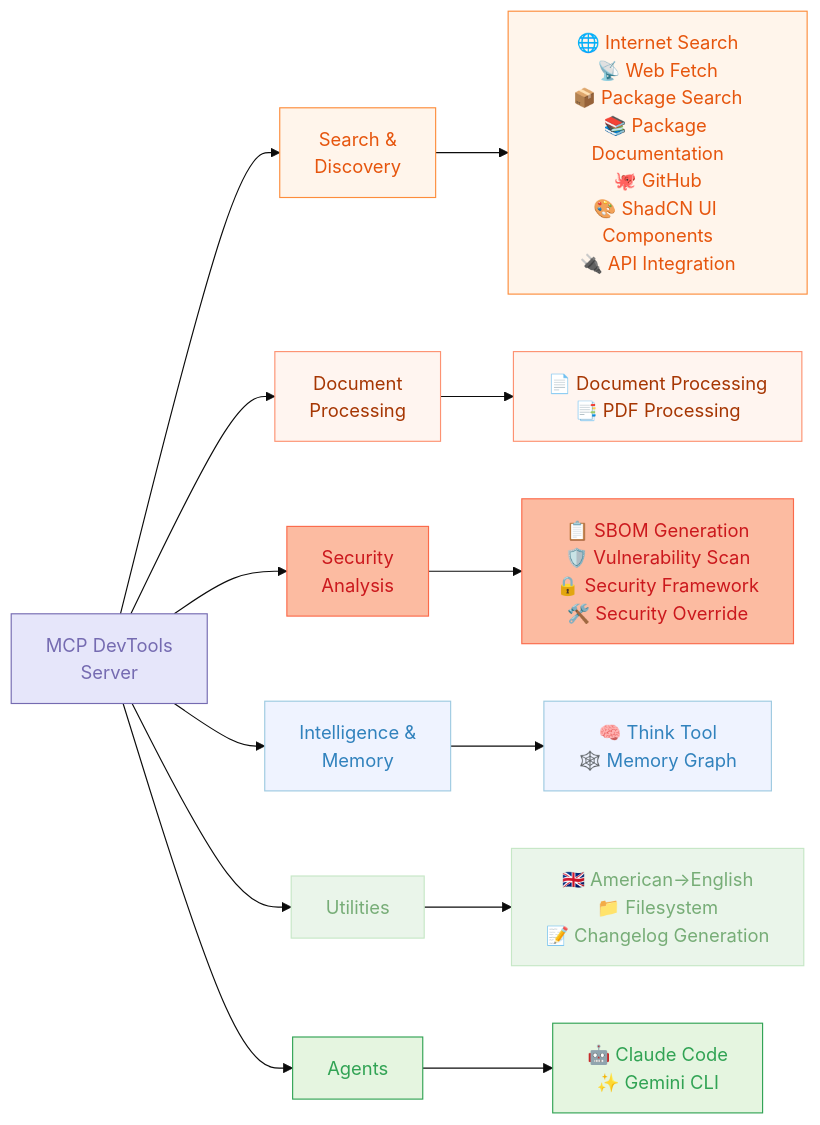
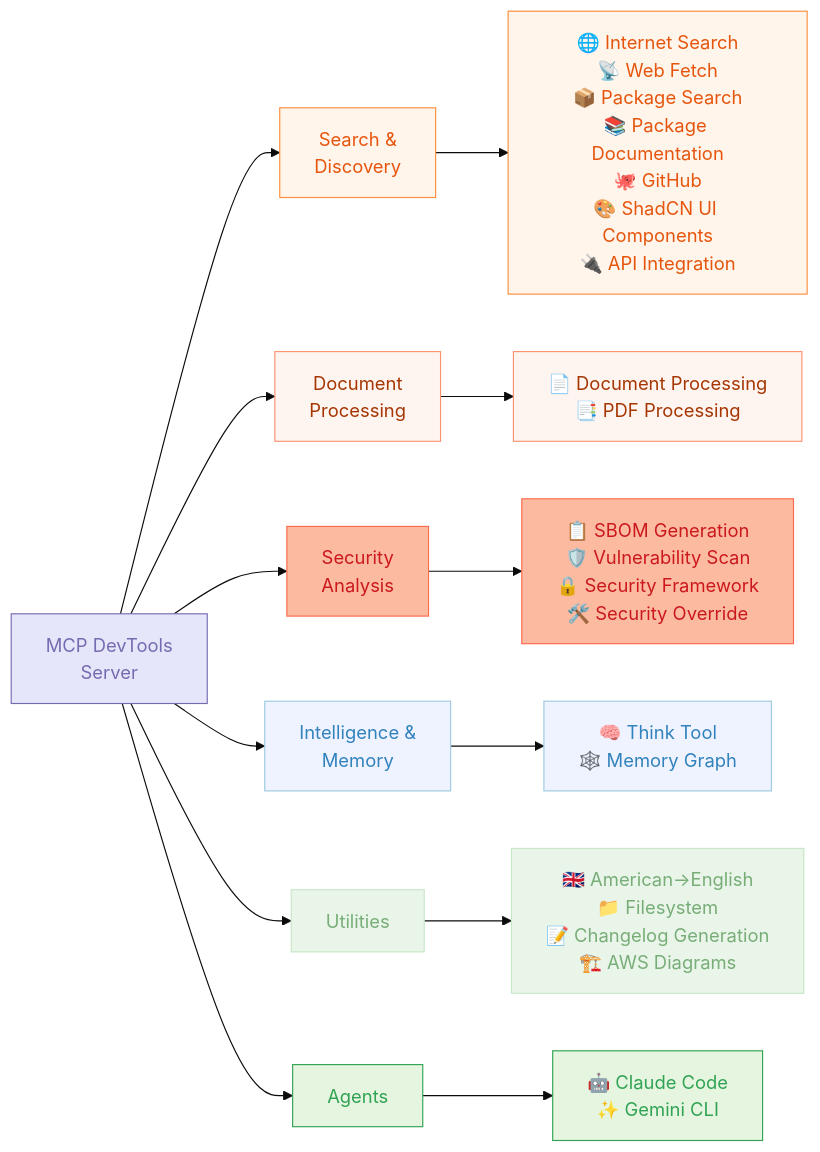
The diagram in README.md (sammcj/mcp-devtools), drawn with Mermaid (base theme) before and after one commit. The commit also changed other lines of this file and 15 other files, not shown here.

Commit message:
feat: New tool: AWS Diagram creation

````diff
--- a/README.md
+++ b/README.md
@@ -5,42 +5,42 @@
 ```mermaid
 graph LR
     A[MCP DevTools<br>Server]
 
     A --> B[Search &<br>Discovery]
     A --> C[Document<br>Processing]
     A --> D[Security<br>Analysis]
     A --> E[Intelligence &<br>Memory]
     A --> F[Utilities]
     A --> G[Agents]
 
     B --> B_Tools[🌐 Internet Search<br>📡 Web Fetch<br>📦 Package Search<br>📚 Package Documentation<br>🐙 GitHub<br>🎨 ShadCN UI Components<br>🔌 API Integration]
 
     C --> C_Tools[📄 Document Processing<br>📑 PDF Processing]
 
     D --> D_Tools[📋 SBOM Generation<br>🛡️ Vulnerability Scan<br>🔒 Security Framework<br>🛠️ Security Override]
 
     E --> E_Tools[🧠 Think Tool<br>🕸️ Memory Graph]
 
-    F --> F_Tools[🇬🇧 American→English<br>📁 Filesystem<br>📝 Changelog Generation]
+    F --> F_Tools[🇬🇧 American→English<br>📁 Filesystem<br>📝 Changelog Generation<br>🏗️ AWS Diagrams]
 
     G --> G_Tools[🤖 Claude Code<br>✨ Gemini CLI]
 
     classDef inputOutput fill:#FEE0D2,stroke:#E6550D,color:#E6550D
     classDef llm fill:#E5F5E0,stroke:#31A354,color:#31A354
     classDef components fill:#E6E6FA,stroke:#756BB1,color:#756BB1
     classDef process fill:#EAF5EA,stroke:#C6E7C6,color:#77AD77
     classDef stop fill:#E5E1F2,stroke:#C7C0DE,color:#8471BF
     classDef data fill:#EFF3FF,stroke:#9ECAE1,color:#3182BD
     classDef decision fill:#FFF5EB,stroke:#FD8D3C,color:#E6550D
     classDef storage fill:#F2F0F7,stroke:#BCBDDC,color:#756BB1
     classDef api fill:#FFF5F0,stroke:#FD9272,color:#A63603
     classDef error fill:#FCBBA1,stroke:#FB6A4A,color:#CB181D
 
     class A components
     class B,B_Tools decision
     class C,C_Tools api
     class D,D_Tools error
     class E,E_Tools data
     class F,F_Tools process
     class G,G_Tools llm
 ```
````
